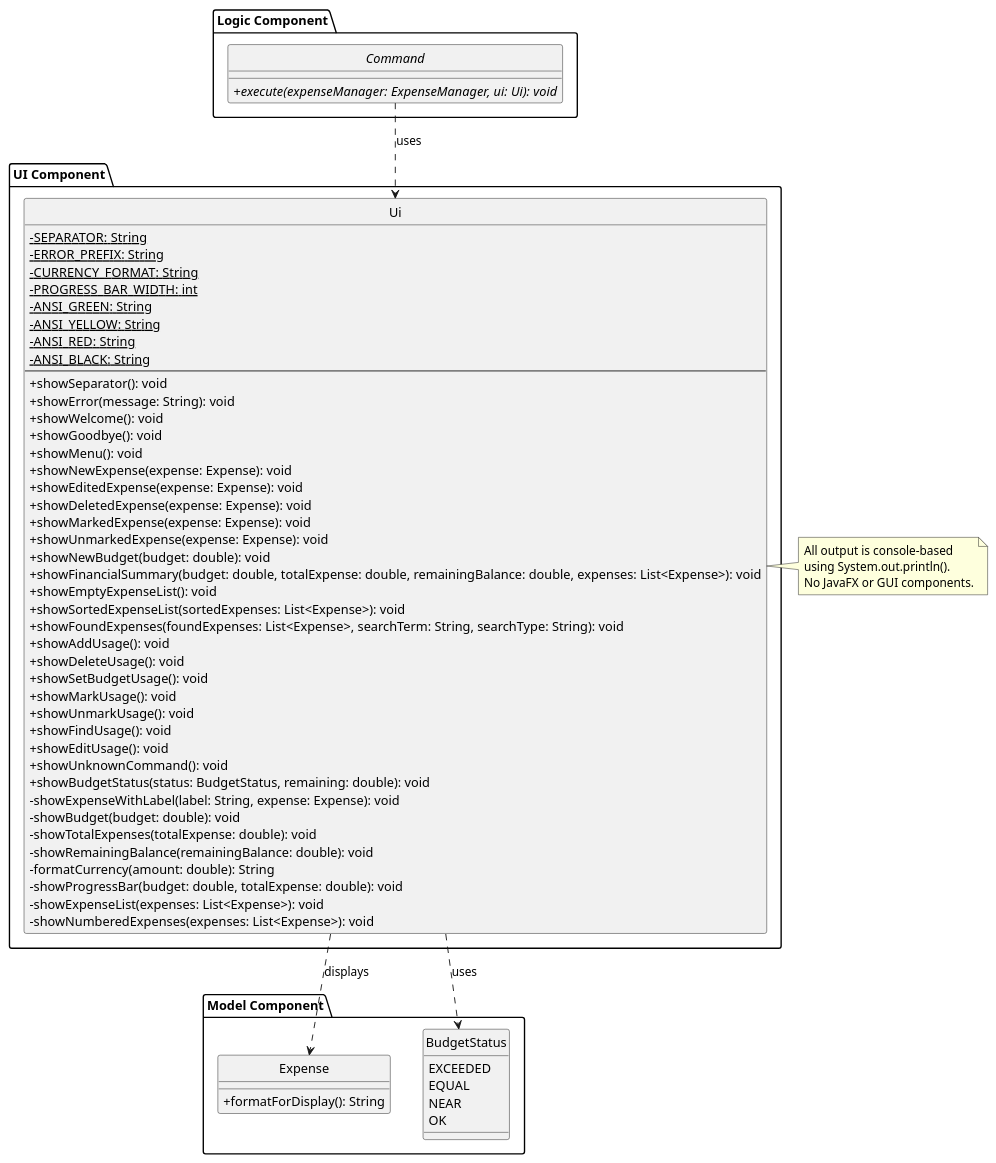
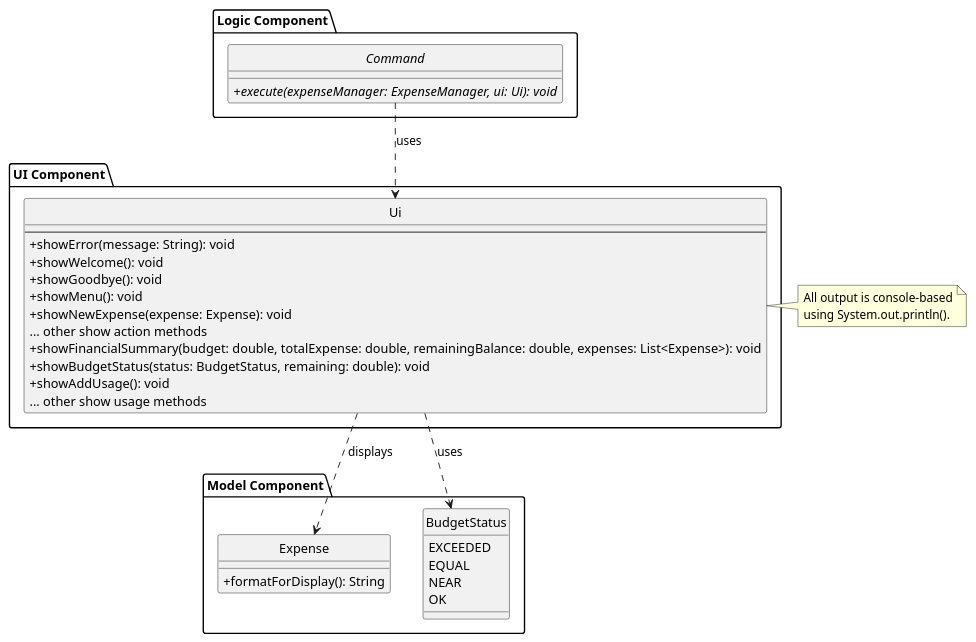
The diagram in docs/diagrams/ui-component-class.puml (aydrienlaw/tp), drawn with PlantUML before and after one commit.

Commit message:
docs(developer-guide): refine ui component class diagram

```diff
--- a/docs/diagrams/ui-component-class.puml
+++ b/docs/diagrams/ui-component-class.puml
@@ -1,80 +1,49 @@
 @startuml
 hide circle
 skinparam classAttributeIconSize 0
 
 package "UI Component" {
     class Ui {
-        - SEPARATOR: String {static}
-        - ERROR_PREFIX: String {static}
-        - CURRENCY_FORMAT: String {static}
-        - PROGRESS_BAR_WIDTH: int {static}
-        - ANSI_GREEN: String {static}
-        - ANSI_YELLOW: String {static}
-        - ANSI_RED: String {static}
-        - ANSI_BLACK: String {static}
         --
-        + showSeparator(): void
         + showError(message: String): void
         + showWelcome(): void
         + showGoodbye(): void
         + showMenu(): void
         + showNewExpense(expense: Expense): void
-        + showEditedExpense(expense: Expense): void
-        + showDeletedExpense(expense: Expense): void
-        + showMarkedExpense(expense: Expense): void
-        + showUnmarkedExpense(expense: Expense): void
-        + showNewBudget(budget: double): void
+        {method} ... other show action methods
         + showFinancialSummary(budget: double, totalExpense: double, remainingBalance: double, expenses: List<Expense>): void
-        + showEmptyExpenseList(): void
-        + showSortedExpenseList(sortedExpenses: List<Expense>): void
-        + showFoundExpenses(foundExpenses: List<Expense>, searchTerm: String, searchType: String): void
+        + showBudgetStatus(status: BudgetStatus, remaining: double): void
         + showAddUsage(): void
-        + showDeleteUsage(): void
-        + showSetBudgetUsage(): void
-        + showMarkUsage(): void
-        + showUnmarkUsage(): void
-        + showFindUsage(): void
-        + showEditUsage(): void
-        + showUnknownCommand(): void
-        + showBudgetStatus(status: BudgetStatus, remaining: double): void
-        - showExpenseWithLabel(label: String, expense: Expense): void
-        - showBudget(budget: double): void
-        - showTotalExpenses(totalExpense: double): void
-        - showRemainingBalance(remainingBalance: double): void
-        - formatCurrency(amount: double): String
-        - showProgressBar(budget: double, totalExpense: double): void
-        - showExpenseList(expenses: List<Expense>): void
-        - showNumberedExpenses(expenses: List<Expense>): void
+        {method} ... other show usage methods
     }
 }
 
 package "Model Component" {
     class Expense {
         + formatForDisplay(): String
     }
 
     enum BudgetStatus {
         EXCEEDED
         EQUAL
         NEAR
         OK
     }
 }
 
 package "Logic Component" {
     abstract class Command {
         + {abstract} execute(expenseManager: ExpenseManager, ui: Ui): void
     }
 }
 
 Ui ..> Expense : displays
 Ui ..> BudgetStatus : uses
 Command ..> Ui : uses
 
 note right of Ui
   All output is console-based
   using System.out.println().
-  No JavaFX or GUI components.
 end note
 
 @enduml
```
